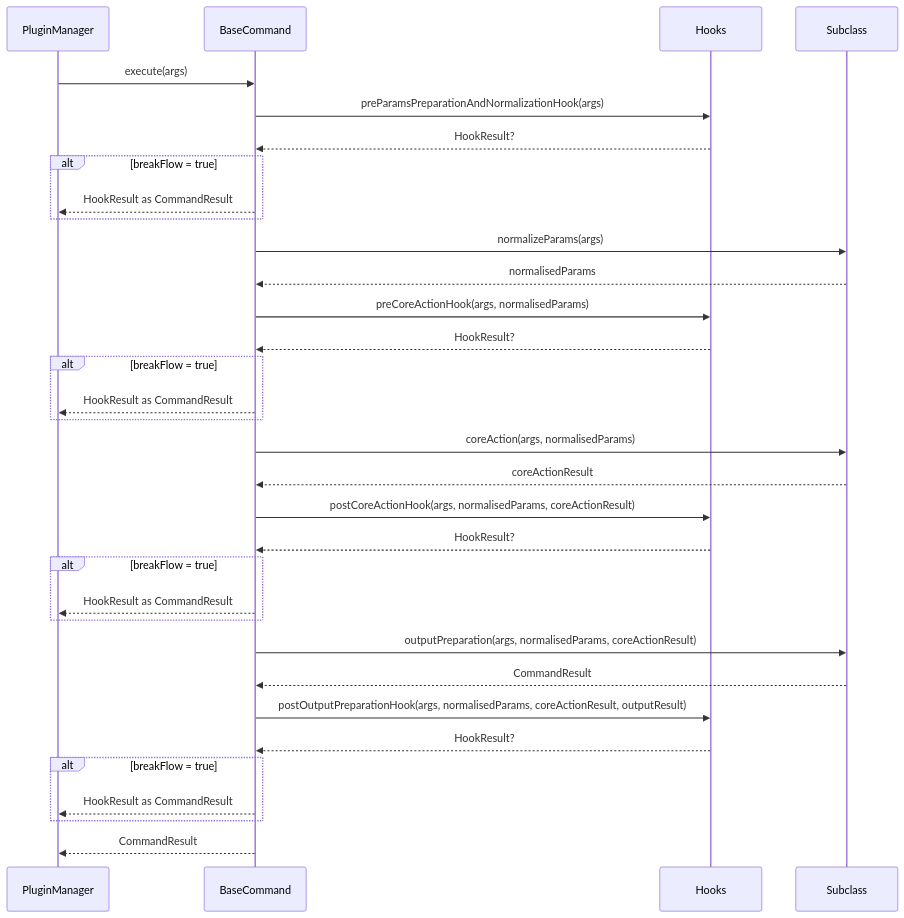
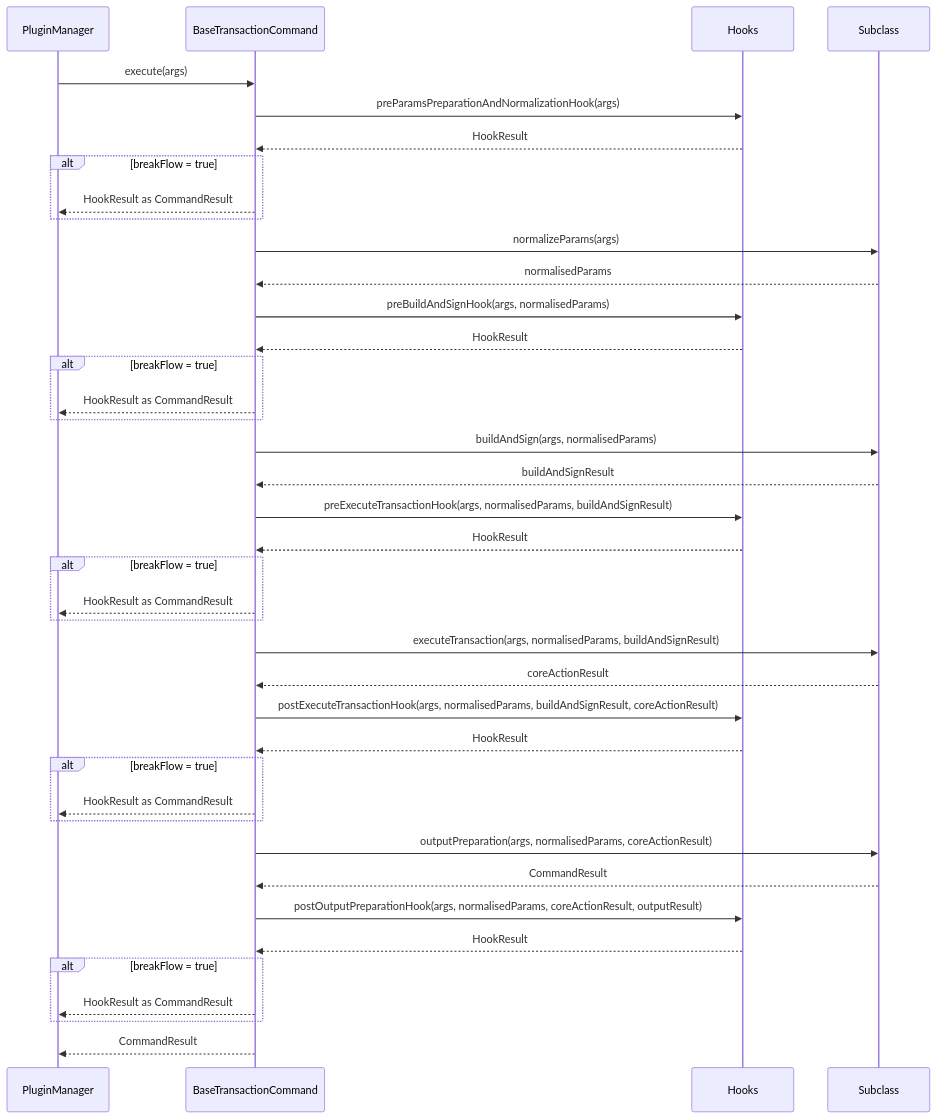
The diagram in docs/adr/ADR-009-class-based-handler-and-hook-architecture.md (hiero-ledger/hiero-cli), drawn with Mermaid before and after one commit. The commit also changed other lines of this file, not shown here.

````diff
--- a/docs/adr/ADR-009-class-based-handler-and-hook-architecture.md
+++ b/docs/adr/ADR-009-class-based-handler-and-hook-architecture.md
@@ -472,44 +590,53 @@
 ```mermaid
 sequenceDiagram
     participant PM as PluginManager
-    participant BC as BaseCommand
+    participant BC as BaseTransactionCommand
     participant H as Hooks
     participant Sub as Subclass
 
     PM->>BC: execute(args)
 
     BC->>H: preParamsPreparationAndNormalizationHook(args)
-    H-->>BC: HookResult?
+    H-->>BC: HookResult
     alt breakFlow = true
         BC-->>PM: HookResult as CommandResult
     end
 
     BC->>Sub: normalizeParams(args)
     Sub-->>BC: normalisedParams
 
-    BC->>H: preCoreActionHook(args, normalisedParams)
-    H-->>BC: HookResult?
+    BC->>H: preBuildAndSignHook(args, normalisedParams)
+    H-->>BC: HookResult
     alt breakFlow = true
         BC-->>PM: HookResult as CommandResult
     end
 
-    BC->>Sub: coreAction(args, normalisedParams)
+    BC->>Sub: buildAndSign(args, normalisedParams)
+    Sub-->>BC: buildAndSignResult
+
+    BC->>H: preExecuteTransactionHook(args, normalisedParams, buildAndSignResult)
+    H-->>BC: HookResult
+    alt breakFlow = true
+        BC-->>PM: HookResult as CommandResult
+    end
+
+    BC->>Sub: executeTransaction(args, normalisedParams, buildAndSignResult)
     Sub-->>BC: coreActionResult
 
-    BC->>H: postCoreActionHook(args, normalisedParams, coreActionResult)
-    H-->>BC: HookResult?
+    BC->>H: postExecuteTransactionHook(args, normalisedParams, buildAndSignResult, coreActionResult)
+    H-->>BC: HookResult
     alt breakFlow = true
         BC-->>PM: HookResult as CommandResult
     end
 
     BC->>Sub: outputPreparation(args, normalisedParams, coreActionResult)
     Sub-->>BC: CommandResult
 
     BC->>H: postOutputPreparationHook(args, normalisedParams, coreActionResult, outputResult)
-    H-->>BC: HookResult?
+    H-->>BC: HookResult
     alt breakFlow = true
         BC-->>PM: HookResult as CommandResult
     end
 
     BC-->>PM: CommandResult
 ```
````
